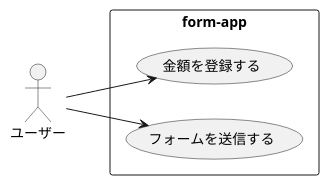
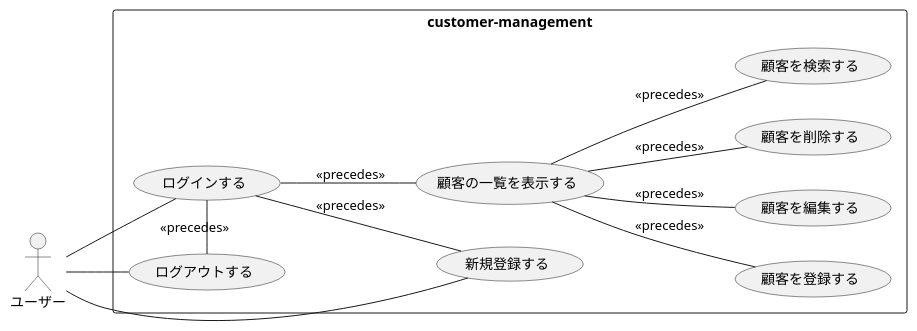
Before and after one commit to fumiakikobayashi/customer-management-sample: the diagram in document/ユースケース図/UseCase.puml, drawn with PlantUML.

Commit message:
create first uml

```diff
--- a/document/ユースケース図/UseCase.puml
+++ b/document/ユースケース図/UseCase.puml
@@ -1,11 +1,26 @@
 @startuml
 left to right direction
 actor "ユーザー" as user
 
-rectangle form-app {
-  usecase "金額を登録する" as UC1
-  usecase "フォームを送信する" as UC2
+rectangle customer-management {
+  usecase 顧客の一覧を表示する
+  usecase 顧客を登録する
+  usecase 顧客を編集する
+  usecase 顧客を削除する
+  usecase 顧客を検索する
+  usecase ログインする
+  usecase ログアウトする
+  usecase 新規登録する
+
+  user -- ログインする
+  user -- 新規登録する
+  user -- ログアウトする
+  ログインする - ログアウトする: <<precedes>>
+  ログインする -- 新規登録する: <<precedes>>
+  ログインする -- 顧客の一覧を表示する: <<precedes>>
+  顧客の一覧を表示する -- 顧客を登録する: <<precedes>>
+  顧客の一覧を表示する -- 顧客を削除する: <<precedes>>
+  顧客の一覧を表示する -- 顧客を編集する: <<precedes>>
+  顧客の一覧を表示する -- 顧客を検索する: <<precedes>>
 }
-user --> UC1
-user --> UC2
 @enduml
```
